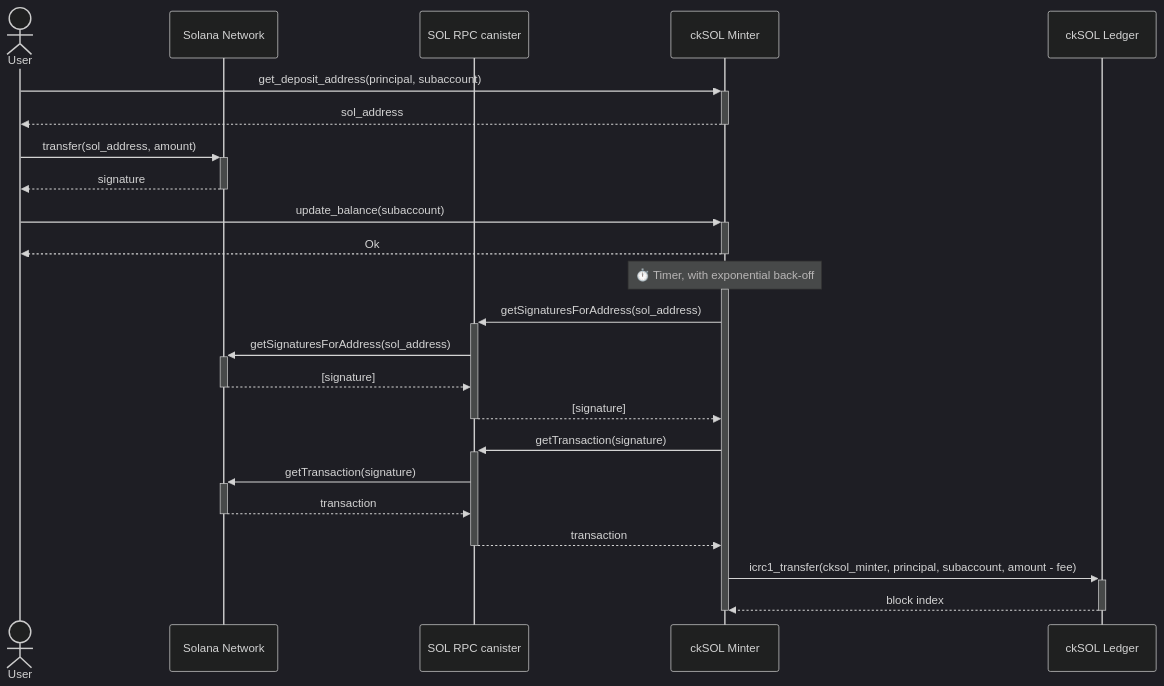
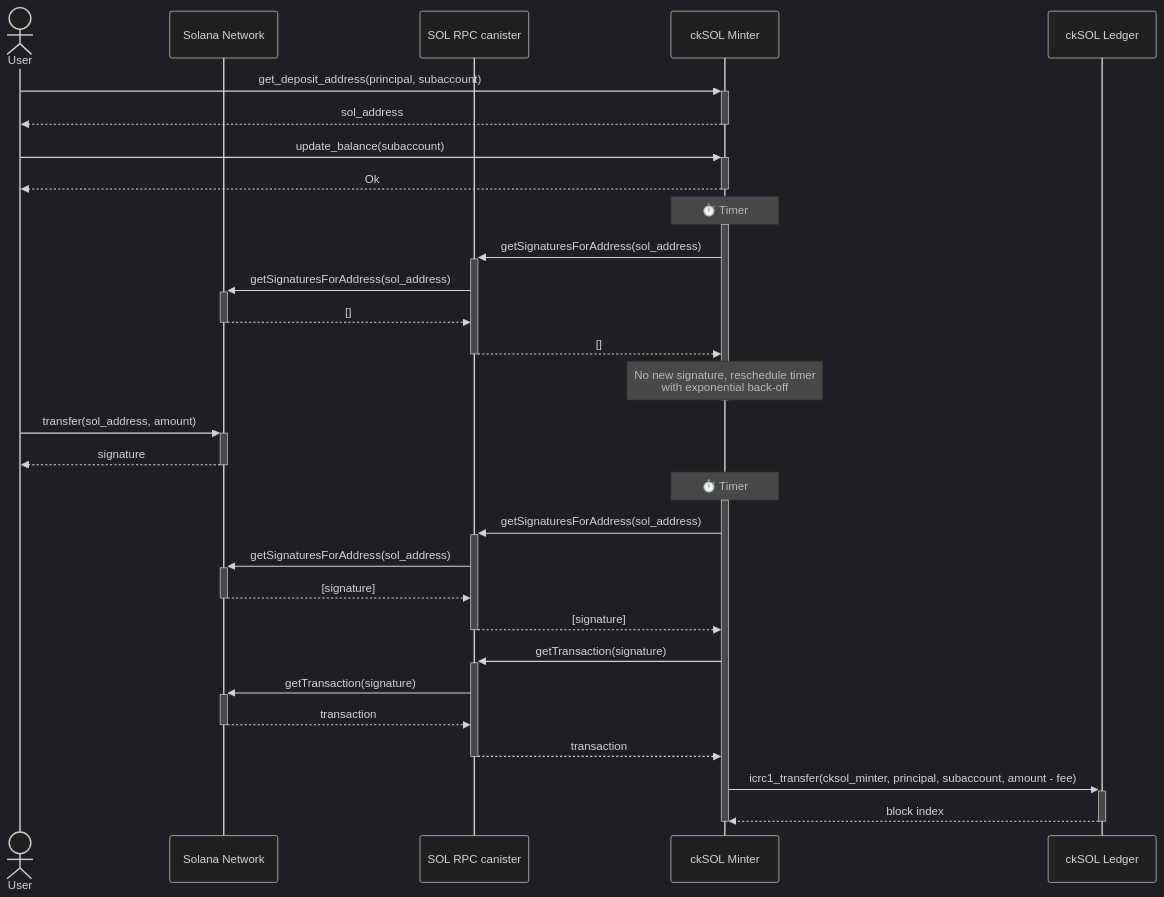
One commit to dfinity/cksol changed the second of 7 diagrams in docs/design.md. Above: the diagram before and after it, drawn with Mermaid (dark theme).

Commit message:
docs: show the empty polling round in the automated deposit flow diagram
Claude-Session: https://claude.ai/code/session_01VpFpbJ5sgNutGGJUQ5dmkr

````diff
--- a/docs/design.md
+++ b/docs/design.md
@@ -206,29 +206,39 @@
 ```mermaid
 sequenceDiagram
     actor User
     participant Solana as Solana Network
     participant RPC as SOL RPC canister
     participant Minter as ckSOL Minter
     participant Ledger as ckSOL Ledger
 
     User->>+Minter: get_deposit_address(principal, subaccount)
     Minter-->>-User: sol_address
-    User->>+Solana: transfer(sol_address, amount)
-    Solana-->>-User: signature
     User->>+Minter: update_balance(subaccount)
     Minter-->>-User: Ok
 
-    Note over Minter: ⏱️ Timer, with exponential back-off
+    Note over Minter: ⏱️ Timer
+    activate Minter
+    Minter->>+RPC: getSignaturesForAddress(sol_address)
+    RPC->>+Solana: getSignaturesForAddress(sol_address)
+    Solana-->>-RPC: []
+    RPC-->>-Minter: []
+    Note over Minter: No new signature, reschedule timer<br/>with exponential back-off
+    deactivate Minter
+
+    User->>+Solana: transfer(sol_address, amount)
+    Solana-->>-User: signature
+
+    Note over Minter: ⏱️ Timer
     activate Minter
     Minter->>+RPC: getSignaturesForAddress(sol_address)
     RPC->>+Solana: getSignaturesForAddress(sol_address)
     Solana-->>-RPC: [signature]
     RPC-->>-Minter: [signature]
     Minter->>+RPC: getTransaction(signature)
     RPC->>+Solana: getTransaction(signature)
     Solana-->>-RPC: transaction
     RPC-->>-Minter: transaction
     Minter->>+Ledger: icrc1_transfer(cksol_minter, principal, subaccount, amount - fee)
     Ledger-->>-Minter: block index
     deactivate Minter
 ```
````
